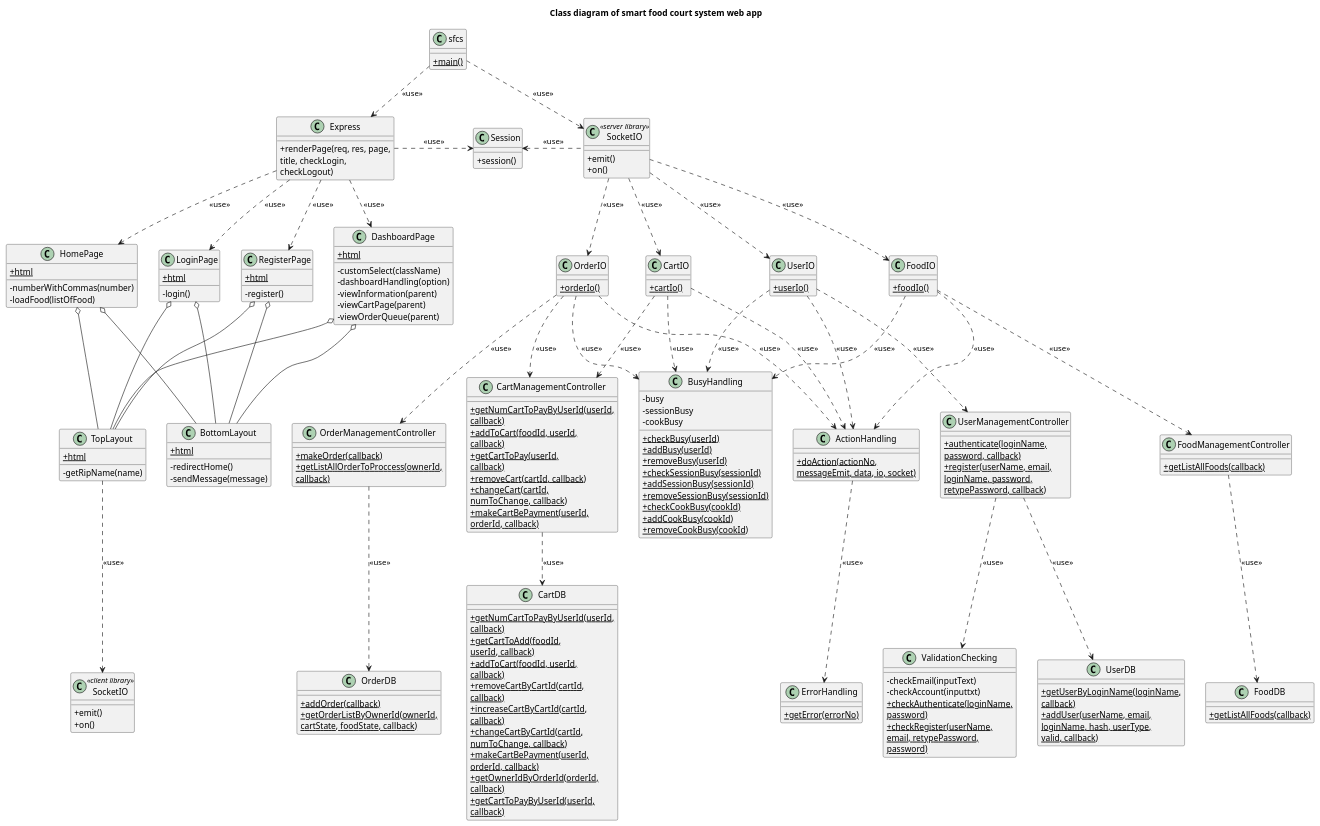
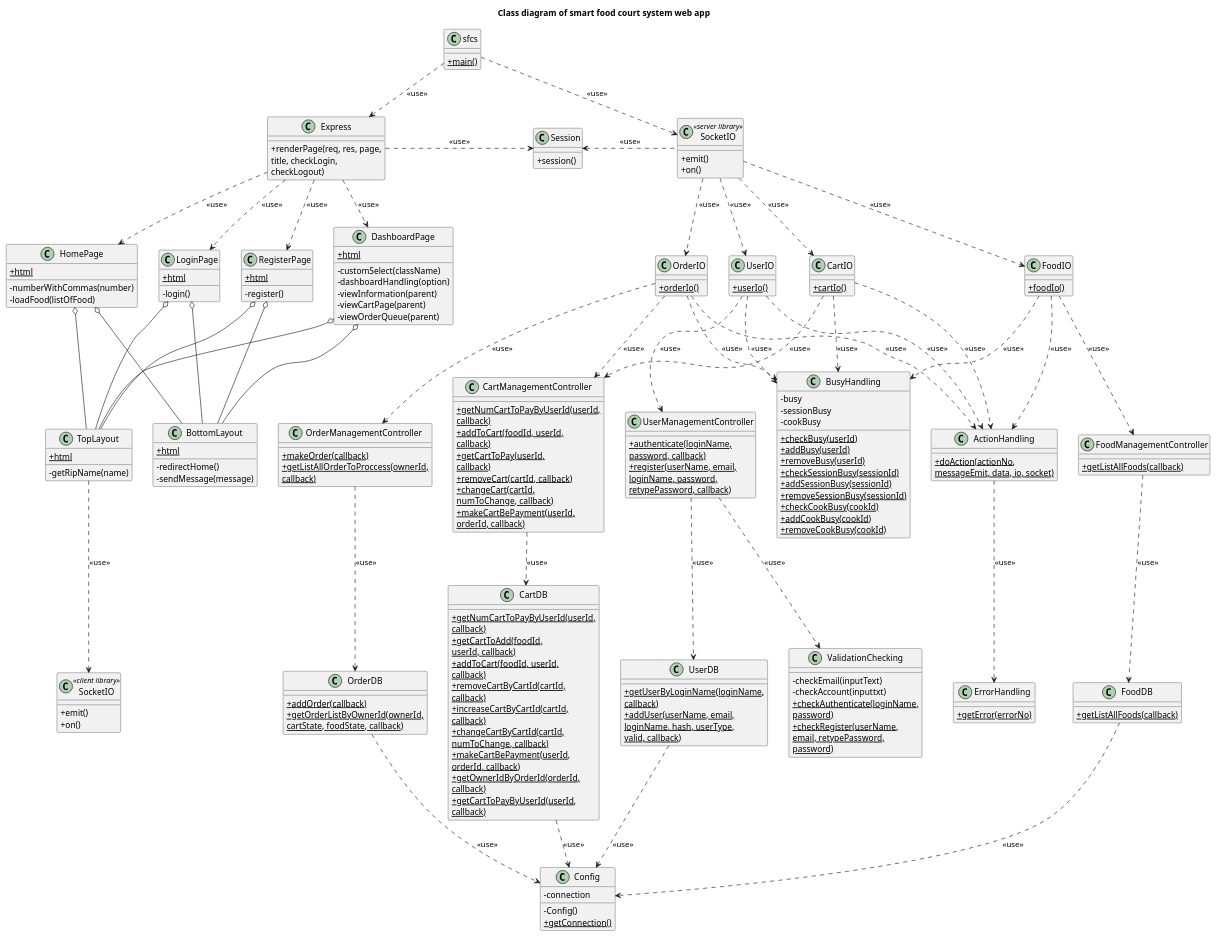
Before and after one commit to binhtran432k/SFCS_Project-CoLamThiMoiCoAn: the diagram in plant-uml/class.plantuml, drawn with PlantUML. The commit also changed 5 other files, not shown here.

```diff
--- a/plant-uml/class.plantuml
+++ b/plant-uml/class.plantuml
@@ -156,6 +156,12 @@
     {static}+getListAllFoods(callback)
 }
 
+class "Config" as cf{
+    -connection
+    -Config()
+    {static}+getConnection()
+}
+
 sfcs ..> ex: <<use>>
 sfcs ..> sS: <<use>>
 
@@ -208,4 +214,9 @@
 fmc ..> fdb: <<use>>
 
 umc ..> vc: <<use>>
+
+udb ..> cf: <<use>>
+cdb ..> cf: <<use>>
+odb ..> cf: <<use>>
+fdb ..> cf: <<use>>
 @enduml
```
